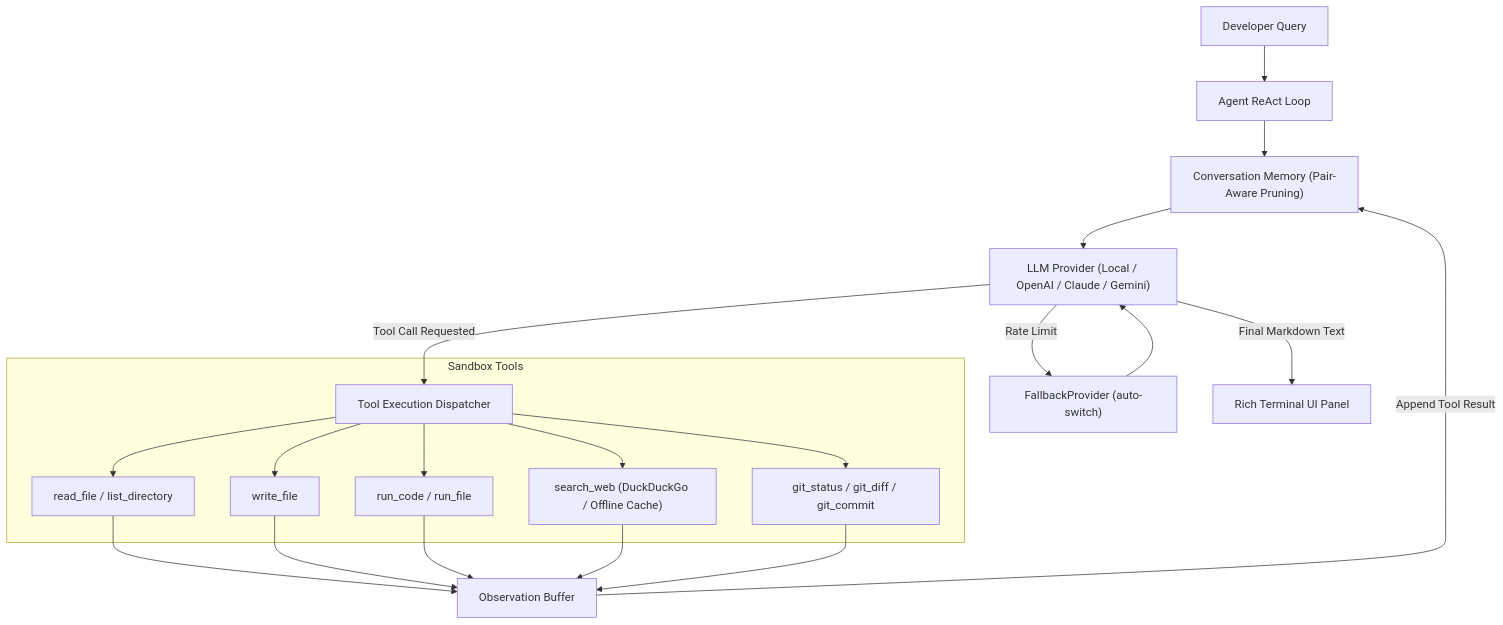
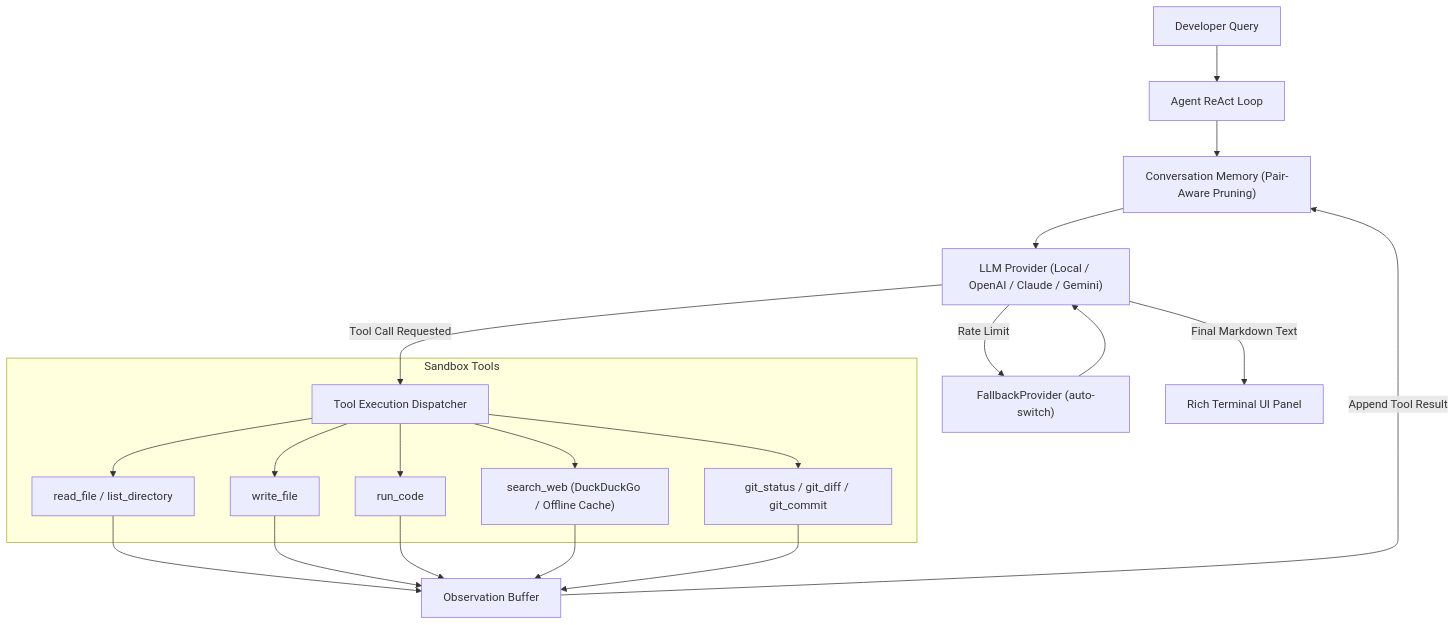
Before and after one commit to Yash1bajpai/nexus-agent: the diagram in README.md, drawn with Mermaid. The commit also changed other lines of this file and 13 other files, not shown here.

````diff
--- a/README.md
+++ b/README.md
@@ -106,26 +106,26 @@
 ```mermaid
 graph TD
     User["Developer Query"] --> Core["Agent ReAct Loop"]
     Core --> Mem["Conversation Memory (Pair-Aware Pruning)"]
     Mem --> Provider["LLM Provider (Local / OpenAI / Claude / Gemini)"]
     Provider -->|Tool Call Requested| Dispatcher["Tool Execution Dispatcher"]
     Provider -->|Rate Limit| Fallback["FallbackProvider (auto-switch)"]
     Fallback --> Provider
     
     subgraph Sandbox Tools
         Dispatcher --> RF["read_file / list_directory"]
         Dispatcher --> WF["write_file"]
-        Dispatcher --> RC["run_code / run_file"]
+        Dispatcher --> RC["run_code"]
         Dispatcher --> WEB["search_web (DuckDuckGo / Offline Cache)"]
         Dispatcher --> GIT["git_status / git_diff / git_commit"]
     end
     
     RF --> Obs["Observation Buffer"]
     WF --> Obs
     RC --> Obs
     WEB --> Obs
     GIT --> Obs
     
     Obs -->|Append Tool Result| Mem
     Provider -->|Final Markdown Text| UI["Rich Terminal UI Panel"]
 ```
````
